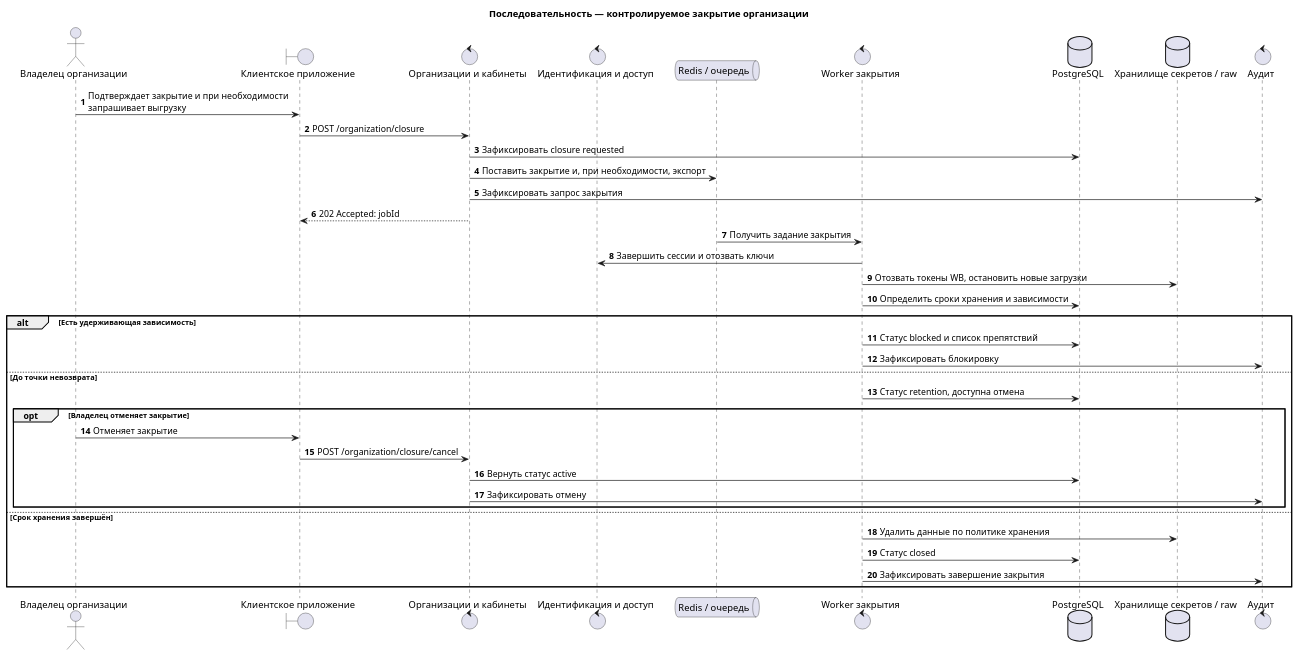
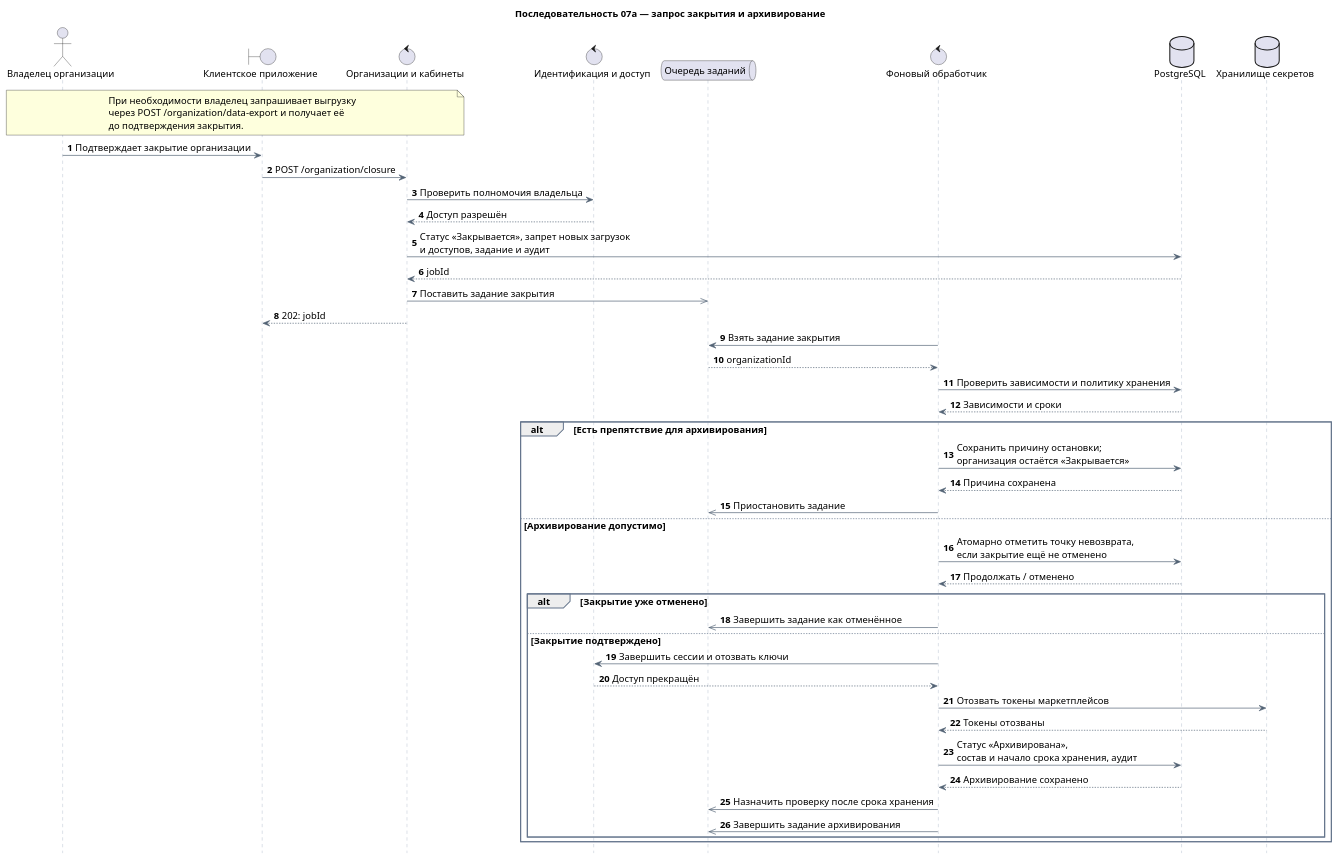
One commit to onlyuncia/grafio-product-docs changed the diagram in docs/architecture/sequence/07-organization-closure.puml. Above: the diagram before and after it, drawn with PlantUML. The commit also changed 152 other files, not shown here.

```diff
--- a/docs/architecture/sequence/07-organization-closure.puml
+++ b/docs/architecture/sequence/07-organization-closure.puml
@@ -1,42 +1,65 @@
 @startuml
-title Последовательность — контролируемое закрытие организации
+title Последовательность 07а — запрос закрытия и архивирование
 autonumber
+hide footbox
+
+skinparam defaultFontName Arial
+skinparam defaultFontSize 14
+skinparam sequence {
+  ArrowColor #526274
+  LifeLineBorderColor #94A3B8
+  ParticipantBackgroundColor #EAF2FC
+  ParticipantBorderColor #5289C2
+  GroupBorderColor #64748B
+  GroupHeaderBackgroundColor #EAF2FC
+}
 
 actor "Владелец организации" as Owner
 boundary "Клиентское приложение" as UI
 control "Организации и кабинеты" as Org
 control "Идентификация и доступ" as Access
-queue "Redis / очередь" as Queue
-control "Worker закрытия" as Worker
+queue "Очередь заданий" as Queue
+control "Фоновый обработчик" as Worker
 database "PostgreSQL" as DB
-database "Хранилище секретов / raw" as Storage
-control "Аудит" as Audit
+database "Хранилище секретов" as Secrets
 
-Owner -> UI : Подтверждает закрытие и при необходимости\nзапрашивает выгрузку
+note over Owner,Org
+  При необходимости владелец запрашивает выгрузку
+  через POST /organization/data-export и получает её
+  до подтверждения закрытия.
+end note
+
+Owner -> UI : Подтверждает закрытие организации
 UI -> Org : POST /organization/closure
-Org -> DB : Зафиксировать closure requested
-Org -> Queue : Поставить закрытие и, при необходимости, экспорт
-Org -> Audit : Зафиксировать запрос закрытия
-Org --> UI : 202 Accepted: jobId
-Queue -> Worker : Получить задание закрытия
-Worker -> Access : Завершить сессии и отозвать ключи
-Worker -> Storage : Отозвать токены WB, остановить новые загрузки
-Worker -> DB : Определить сроки хранения и зависимости
+Org -> Access : Проверить полномочия владельца
+Access --> Org : Доступ разрешён
+Org -> DB : Статус «Закрывается», запрет новых загрузок\nи доступов, задание и аудит
+DB --> Org : jobId
+Org ->> Queue : Поставить задание закрытия
+Org --> UI : 202: jobId
 
-alt Есть удерживающая зависимость
-  Worker -> DB : Статус blocked и список препятствий
-  Worker -> Audit : Зафиксировать блокировку
-else До точки невозврата
-  Worker -> DB : Статус retention, доступна отмена
-  opt Владелец отменяет закрытие
-    Owner -> UI : Отменяет закрытие
-    UI -> Org : POST /organization/closure/cancel
-    Org -> DB : Вернуть статус active
-    Org -> Audit : Зафиксировать отмену
+Worker -> Queue : Взять задание закрытия
+Queue --> Worker : organizationId
+Worker -> DB : Проверить зависимости и политику хранения
+DB --> Worker : Зависимости и сроки
+alt Есть препятствие для архивирования
+  Worker -> DB : Сохранить причину остановки;\nорганизация остаётся «Закрывается»
+  DB --> Worker : Причина сохранена
+  Worker ->> Queue : Приостановить задание
+else Архивирование допустимо
+  Worker -> DB : Атомарно отметить точку невозврата,\nесли закрытие ещё не отменено
+  DB --> Worker : Продолжать / отменено
+  alt Закрытие уже отменено
+    Worker ->> Queue : Завершить задание как отменённое
+  else Закрытие подтверждено
+    Worker -> Access : Завершить сессии и отозвать ключи
+    Access --> Worker : Доступ прекращён
+    Worker -> Secrets : Отозвать токены маркетплейсов
+    Secrets --> Worker : Токены отозваны
+    Worker -> DB : Статус «Архивирована»,\nсостав и начало срока хранения, аудит
+    DB --> Worker : Архивирование сохранено
+    Worker ->> Queue : Назначить проверку после срока хранения
+    Worker ->> Queue : Завершить задание архивирования
   end
-else Срок хранения завершён
-  Worker -> Storage : Удалить данные по политике хранения
-  Worker -> DB : Статус closed
-  Worker -> Audit : Зафиксировать завершение закрытия
 end
 @enduml
```
